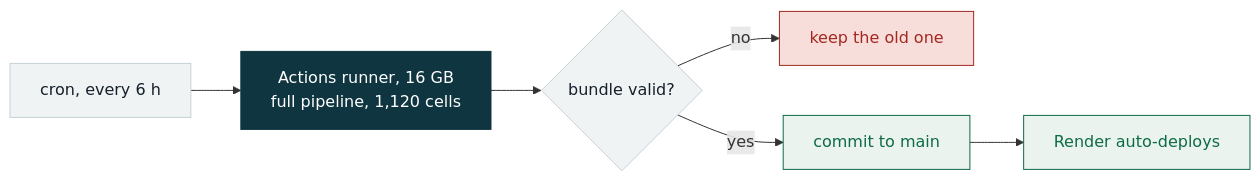
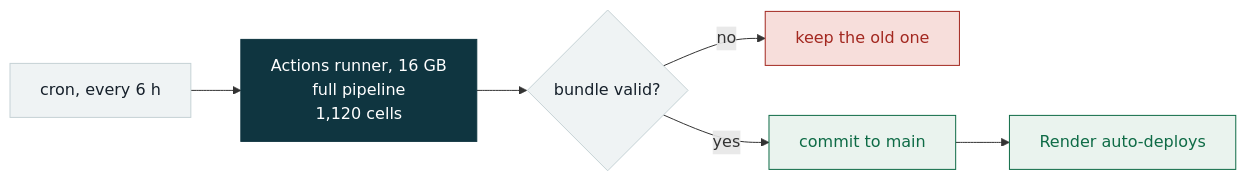
The second of 2 diagrams in README.md (bindpratapsingh/VayuChakra), drawn with Mermaid before and after one commit. The commit also changed other lines of this file and 1 other file, not shown here.

First line of the commit message:
Stop the flowchart clipping its own labels, and set the formula as a figure

````diff
--- a/README.md
+++ b/README.md
@@ -195,12 +188,12 @@
 ```mermaid
 flowchart LR
-    C[cron, every 6 h]:::t --> R[Actions runner, 16 GB<br/>full pipeline, 1,120 cells]:::core
-    R --> V{bundle valid?}:::t
-    V -->|no| K[keep the old one]:::bad
-    V -->|yes| G[commit to main]:::ok
-    G --> D[Render auto-deploys]:::ok
+    C["cron, every 6 h"]:::t --> R["Actions runner, 16 GB<br/>full pipeline<br/>1,120 cells"]:::core
+    R --> V{"bundle valid?"}:::t
+    V -->|no| K["keep the old one"]:::bad
+    V -->|yes| G["commit to main"]:::ok
+    G --> D["Render auto-deploys"]:::ok
     classDef t fill:#eff3f4,stroke:#c5d2d5,color:#16202b
     classDef core fill:#0f3540,stroke:#0f3540,color:#ffffff
     classDef ok fill:#eaf3ee,stroke:#0e6b46,color:#0e6b46
     classDef bad fill:#f7dedb,stroke:#a32820,color:#a32820
 ```
````
